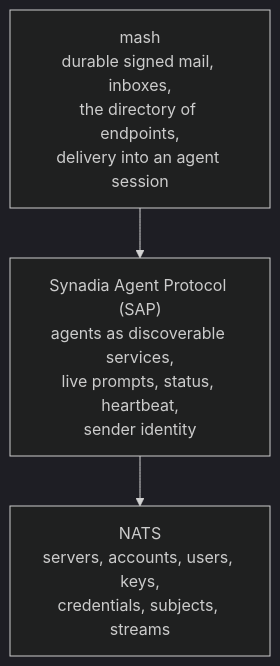
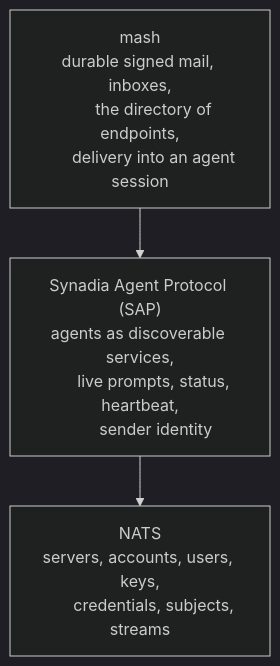
The diagram in docs/guide/stack.md (bogworks/mash), drawn with Mermaid (dark theme) before and after one commit.

Commit message:
docs/guide: stack diagram lines under 80

````diff
--- a/docs/guide/stack.md
+++ b/docs/guide/stack.md
@@ -7,7 +7,12 @@
 ```mermaid
 flowchart TB
-    M["mash<br/>durable signed mail, inboxes,<br/>the directory of endpoints,<br/>delivery into an agent session"]
-    S["Synadia Agent Protocol (SAP)<br/>agents as discoverable services,<br/>live prompts, status, heartbeat,<br/>sender identity"]
-    N["NATS<br/>servers, accounts, users, keys,<br/>credentials, subjects, streams"]
+    M["mash<br/>durable signed mail, inboxes,
+       the directory of endpoints,
+       delivery into an agent session"]
+    S["Synadia Agent Protocol (SAP)<br/>agents as discoverable services,
+       live prompts, status, heartbeat,
+       sender identity"]
+    N["NATS<br/>servers, accounts, users, keys,
+       credentials, subjects, streams"]
     M --> S --> N
 ```
````
